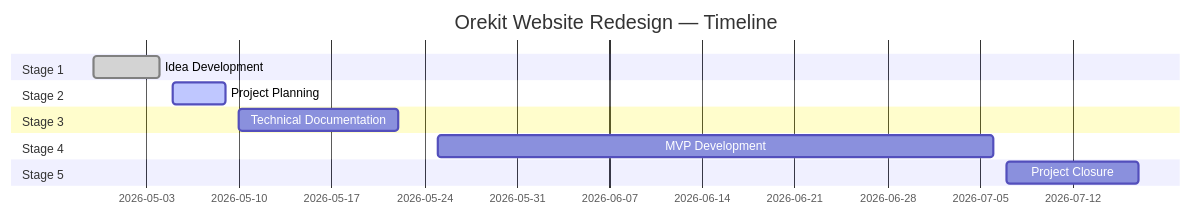
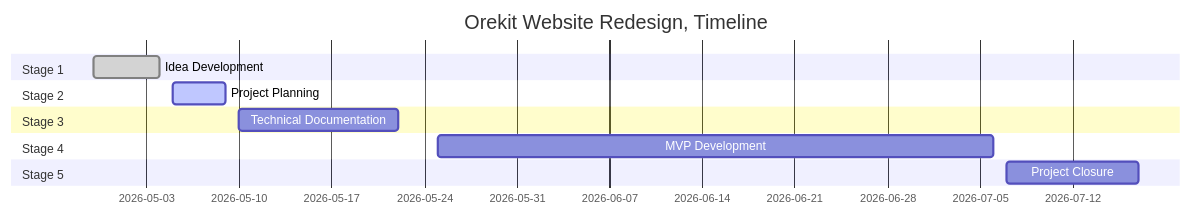
Before and after one commit to v-lmb/Orekit-website: the diagram in docs/stage_2.md, drawn with Mermaid. The commit also changed other lines of this file, not shown here.

````diff
--- a/docs/stage_2.md
+++ b/docs/stage_2.md
@@ -8,15 +8,15 @@
 ```mermaid
 gantt
     dateFormat DD-MM-YYYY
-    title Orekit Website Redesign — Timeline
+    title Orekit Website Redesign, Timeline
     section Stage 1
         Idea Development         :done,    29-04-2026, 04-05-2026
     section Stage 2
         Project Planning         :active,  05-05-2026, 09-05-2026
     section Stage 3
         Technical Documentation  :         10-05-2026, 22-05-2026
     section Stage 4
         MVP Development          :         25-05-2026, 06-07-2026
     section Stage 5
         Project Closure          :         07-07-2026, 17-07-2026
 ```
````
